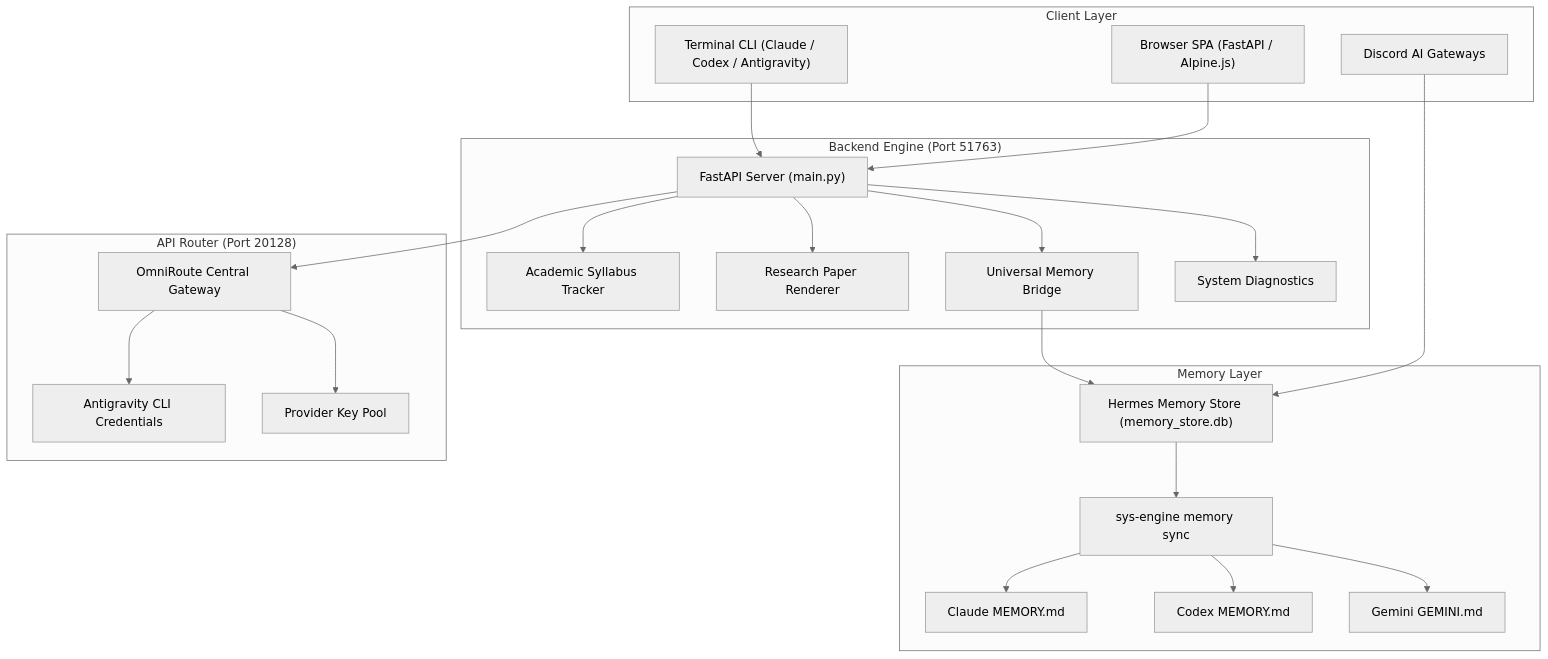
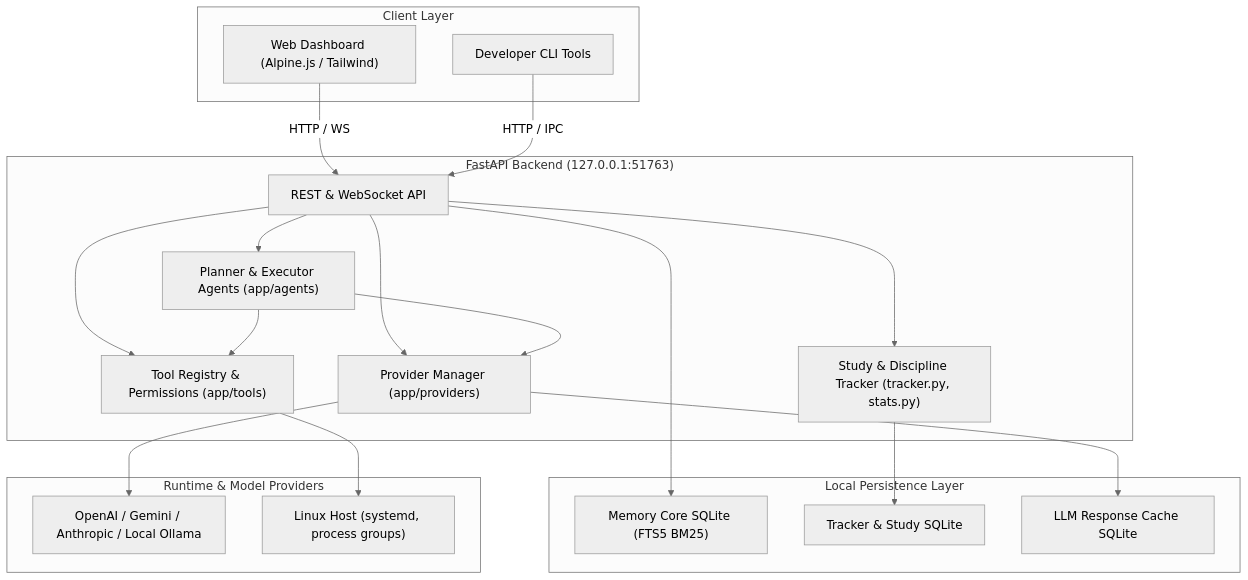
One commit to Dhairya2289/Personal-AI-System changed the diagram in README.md. Above: the diagram before and after it, drawn with Mermaid (neutral theme). The commit also changed other lines of this file and 3 other files, not shown here.

First line of the commit message:
docs(architecture): rewrite README for Personal AI Mission Control and add ADRs

````diff
--- a/README.md
+++ b/README.md
@@ -29,49 +11,43 @@
 ```mermaid
 flowchart TD
-    subgraph Clients ["Client Layer"]
-        UI["Browser SPA (FastAPI / Alpine.js)"]
-        BOT["Discord AI Gateways"]
-        CLI_U["Terminal CLI (Claude / Codex / Antigravity)"]
+    subgraph Client ["Client Layer"]
+        SPA["Web Dashboard (Alpine.js / Tailwind)"]
+        CLI["Developer CLI Tools"]
     end
 
-    subgraph Core ["Backend Engine (Port 51763)"]
-        API["FastAPI Server (main.py)"]
-        TRK["Academic Syllabus Tracker"]
-        RSR["Research Paper Renderer"]
-        MEM["Universal Memory Bridge"]
-        HLT["System Diagnostics"]
+    subgraph Server ["FastAPI Backend (127.0.0.1:51763)"]
+        API["REST & WebSocket API"]
+        PROV["Provider Manager (app/providers)"]
+        REG["Tool Registry & Permissions (app/tools)"]
+        AGENT["Planner & Executor Agents (app/agents)"]
+        STATS["Study & Discipline Tracker (tracker.py, stats.py)"]
     end
 
-    subgraph MemoryEngine ["Memory Layer"]
-        MDB["Hermes Memory Store (memory_store.db)"]
-        SYNC["sys-engine memory sync"]
-        CL_M["Claude MEMORY.md"]
-        CX_M["Codex MEMORY.md"]
-        GM_M["Gemini GEMINI.md"]
+    subgraph Storage ["Local Persistence Layer"]
+        MEM_DB["Memory Core SQLite (FTS5 BM25)"]
+        TRACK_DB["Tracker & Study SQLite"]
+        CACHE_DB["LLM Response Cache SQLite"]
     end
 
-    subgraph Routing ["API Router (Port 20128)"]
-        OM["OmniRoute Central Gateway"]
-        AGY["Antigravity CLI Credentials"]
-        KMC["Provider Key Pool"]
+    subgraph External ["Runtime & Model Providers"]
+        LLM["OpenAI / Gemini / Anthropic / Local Ollama"]
+        SYS["Linux Host (systemd, process groups)"]
     end
 
-    UI --> API
-    BOT --> MDB
-    CLI_U --> API
+    SPA -->|HTTP / WS| API
+    CLI -->|HTTP / IPC| API
 
-    API --> TRK
-    API --> RSR
-    API --> MEM
-    API --> HLT
+    API --> PROV
+    API --> REG
+    API --> STATS
+    API --> AGENT
 
-    MEM --> MDB
-    MDB --> SYNC
-    SYNC --> CL_M
-    SYNC --> CX_M
-    SYNC --> GM_M
+    AGENT --> REG
+    AGENT --> PROV
 
-    API --> OM
-    OM --> AGY
-    OM --> KMC
+    PROV --> LLM
+    PROV --> CACHE_DB
+    REG --> SYS
+    API --> MEM_DB
+    STATS --> TRACK_DB
 ```
````
